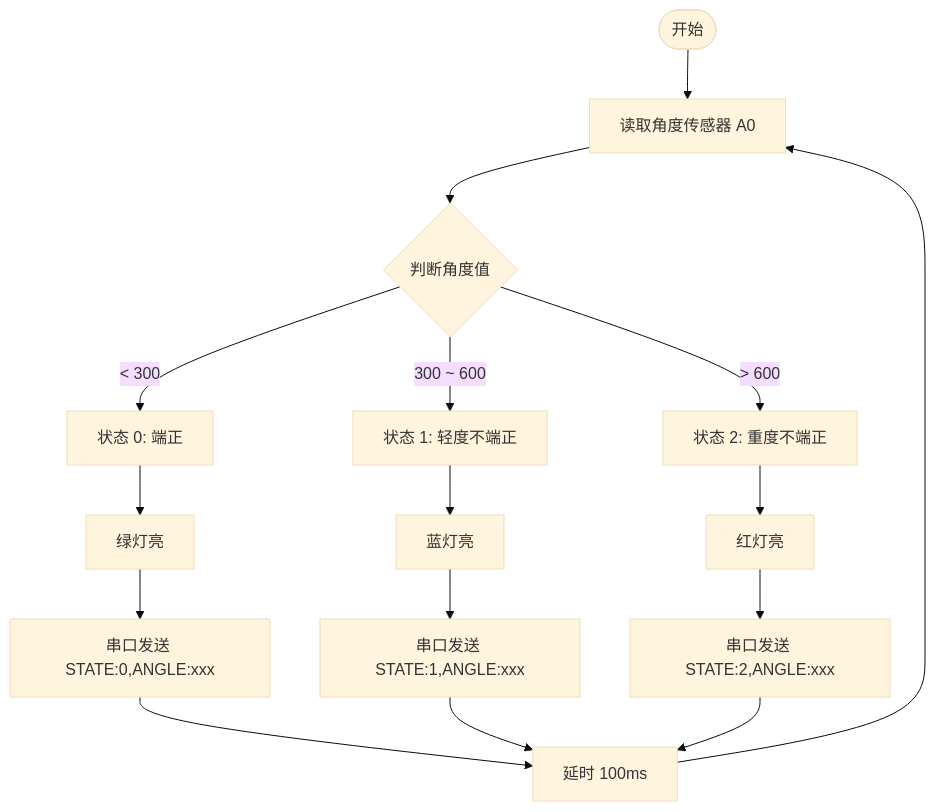
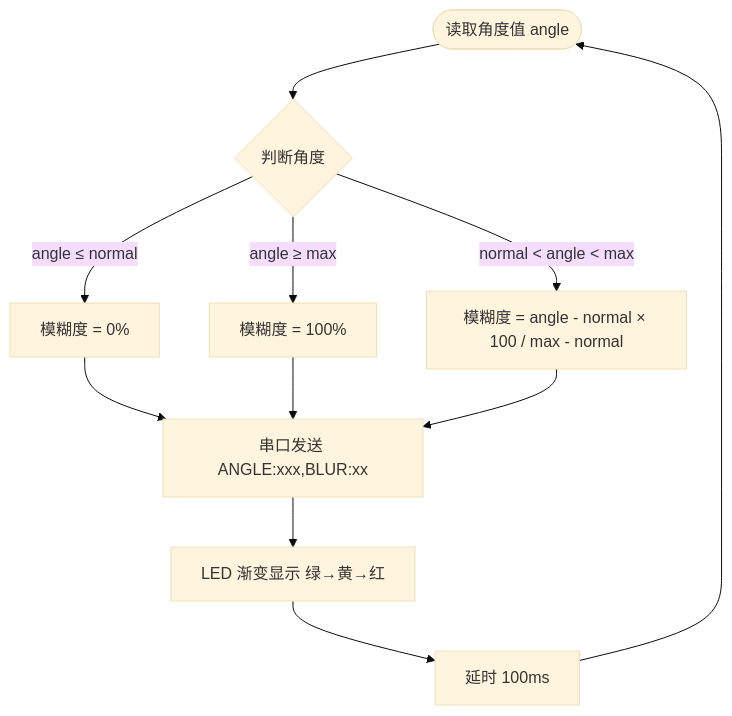
The second of 2 diagrams in 对接说明.md (STU-MS/SitRight), drawn with Mermaid (base theme) before and after one commit. The commit also changed other lines of this file and 1 other file, not shown here.

````diff
--- a/对接说明.md
+++ b/对接说明.md
@@ -35,23 +34,16 @@
 ```mermaid
 flowchart TD
-    Start([开始]) --> Read[读取角度传感器 A0]
-    Read --> Compare{判断角度值}
+    Start([读取角度值 angle]) --> Check{判断角度}
     
-    Compare -->|< 300| State0[状态 0: 端正]
-    Compare -->|300 ~ 600| State1[状态 1: 轻度不端正]
-    Compare -->|> 600| State2[状态 2: 重度不端正]
+    Check -->|angle ≤ normal| Zero[模糊度 = 0%]
+    Check -->|angle ≥ max| Full[模糊度 = 100%]
+    Check -->|normal < angle < max| Calc[模糊度 = angle - normal × 100 / max - normal]
     
-    State0 --> LED0[绿灯亮]
-    State1 --> LED1[蓝灯亮]
-    State2 --> LED2[红灯亮]
+    Zero --> Send[串口发送 ANGLE:xxx,BLUR:xx]
+    Full --> Send
+    Calc --> Send
     
-    LED0 --> Send0[串口发送 STATE:0,ANGLE:xxx]
-    LED1 --> Send1[串口发送 STATE:1,ANGLE:xxx]
-    LED2 --> Send2[串口发送 STATE:2,ANGLE:xxx]
-    
-    Send0 --> Delay[延时 100ms]
-    Send1 --> Delay
-    Send2 --> Delay
-    
-    Delay --> Read
+    Send --> LED[LED 渐变显示 绿→黄→红]
+    LED --> Delay[延时 100ms]
+    Delay --> Start
 ```
````
